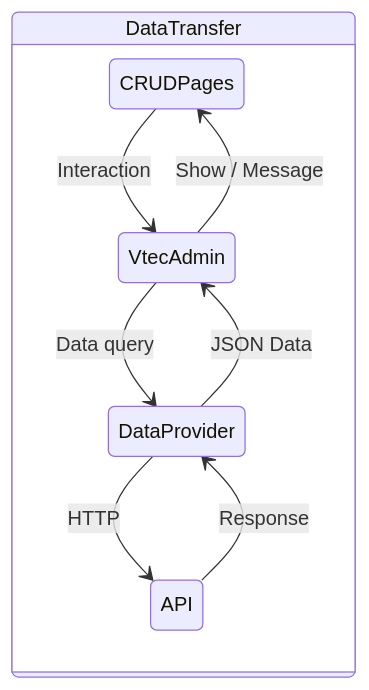
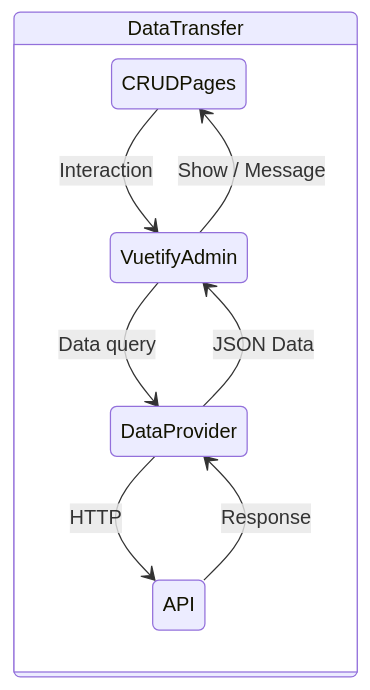
Before and after one commit to okami101/vuetify-admin: the diagram in docs/.vuepress/public/diagrams/data-provider.mmd, drawn with Mermaid. The commit also changed 99 other files, not shown here.

```diff
--- a/docs/.vuepress/public/diagrams/data-provider.mmd
+++ b/docs/.vuepress/public/diagrams/data-provider.mmd
@@ -1,9 +1,9 @@
 stateDiagram
   state DataTransfer {
-    CRUDPages --> VtecAdmin: Interaction
-    VtecAdmin --> CRUDPages: Show / Message
-    VtecAdmin --> DataProvider: Data query
+    CRUDPages --> VuetifyAdmin: Interaction
+    VuetifyAdmin --> CRUDPages: Show / Message
+    VuetifyAdmin --> DataProvider: Data query
     DataProvider --> API: HTTP
     API --> DataProvider: Response
-    DataProvider --> VtecAdmin: JSON Data
+    DataProvider --> VuetifyAdmin: JSON Data
   }
```
